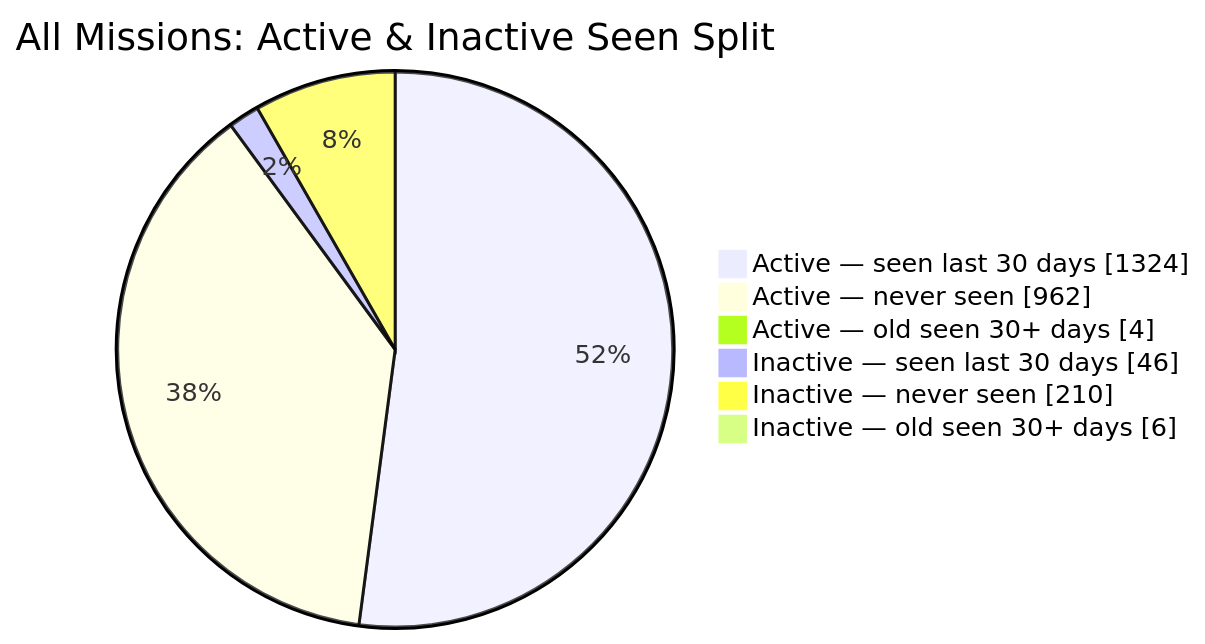
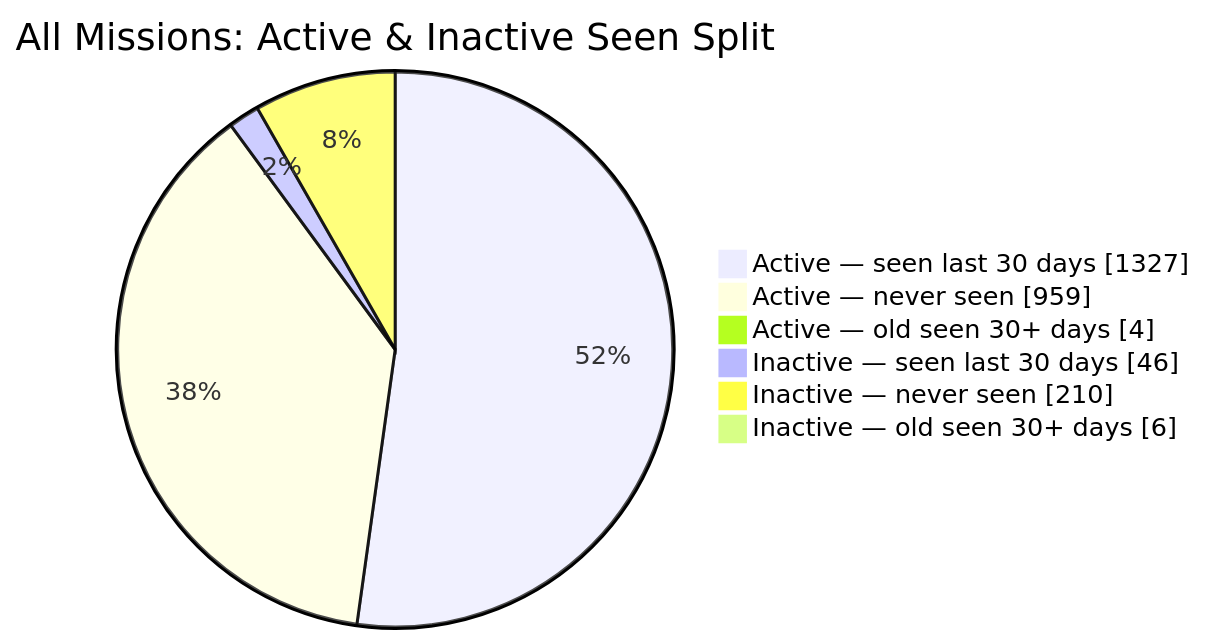
One commit to MeldkamerspelGameTeam/active-missions changed the second of 2 diagrams in README.md. Above: the diagram before and after it, drawn with Mermaid. The commit also changed other lines of this file and 2 other files, not shown here.

````diff
--- a/README.md
+++ b/README.md
@@ -44,10 +44,10 @@
 ```mermaid
 pie showData
     title All Missions: Active & Inactive Seen Split
-    "Active — seen last 30 days" : 1324
-    "Active — never seen" : 962
+    "Active — seen last 30 days" : 1327
+    "Active — never seen" : 959
     "Active — old seen 30+ days" : 4
     "Inactive — seen last 30 days" : 46
     "Inactive — never seen" : 210
     "Inactive — old seen 30+ days" : 6
 ```
````
